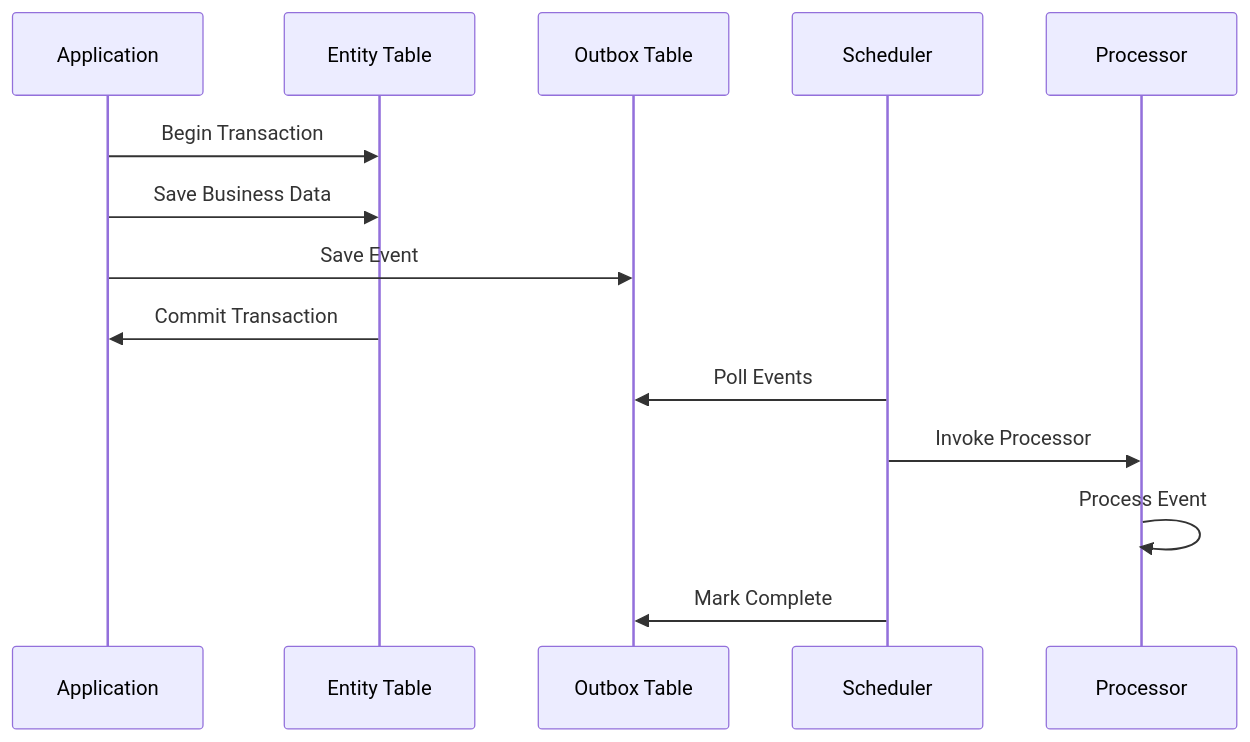
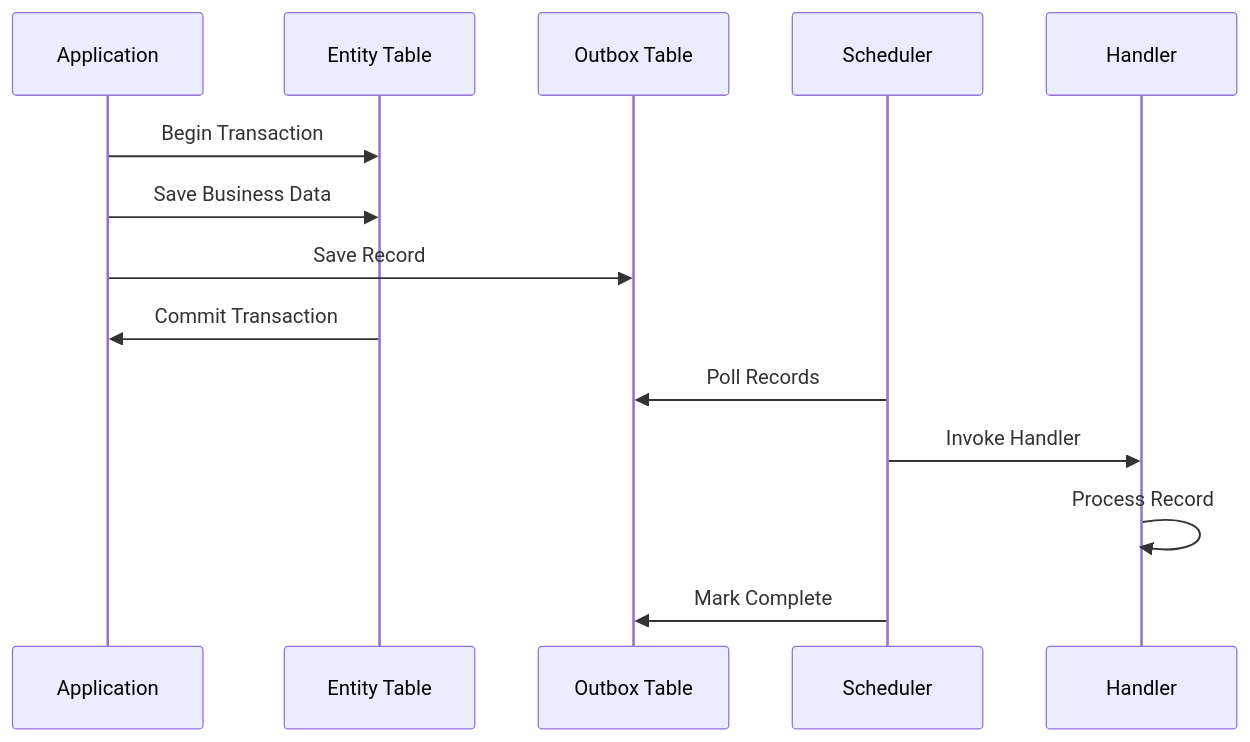
One commit to namastack/namastack-website changed the first of 3 diagrams in docs/features.md. Above: the diagram before and after it, drawn with Mermaid. The commit also changed other lines of this file and 3 other files, not shown here.

````diff
--- a/docs/features.md
+++ b/docs/features.md
@@ -22,17 +22,17 @@
 ```mermaid
 sequenceDiagram
     participant A as Application
     participant DB as Entity Table
     participant O as Outbox Table
     participant S as Scheduler
-    participant P as Processor
+    participant P as Handler
     
     A->>DB: Begin Transaction
     A->>DB: Save Business Data
-    A->>O: Save Event
+    A->>O: Save Record
     DB->>A: Commit Transaction
-    S->>O: Poll Events
-    S->>P: Invoke Processor
-    P->>P: Process Event
+    S->>O: Poll Records
+    S->>P: Invoke Handler
+    P->>P: Process Record
     S->>O: Mark Complete
 ```
````
